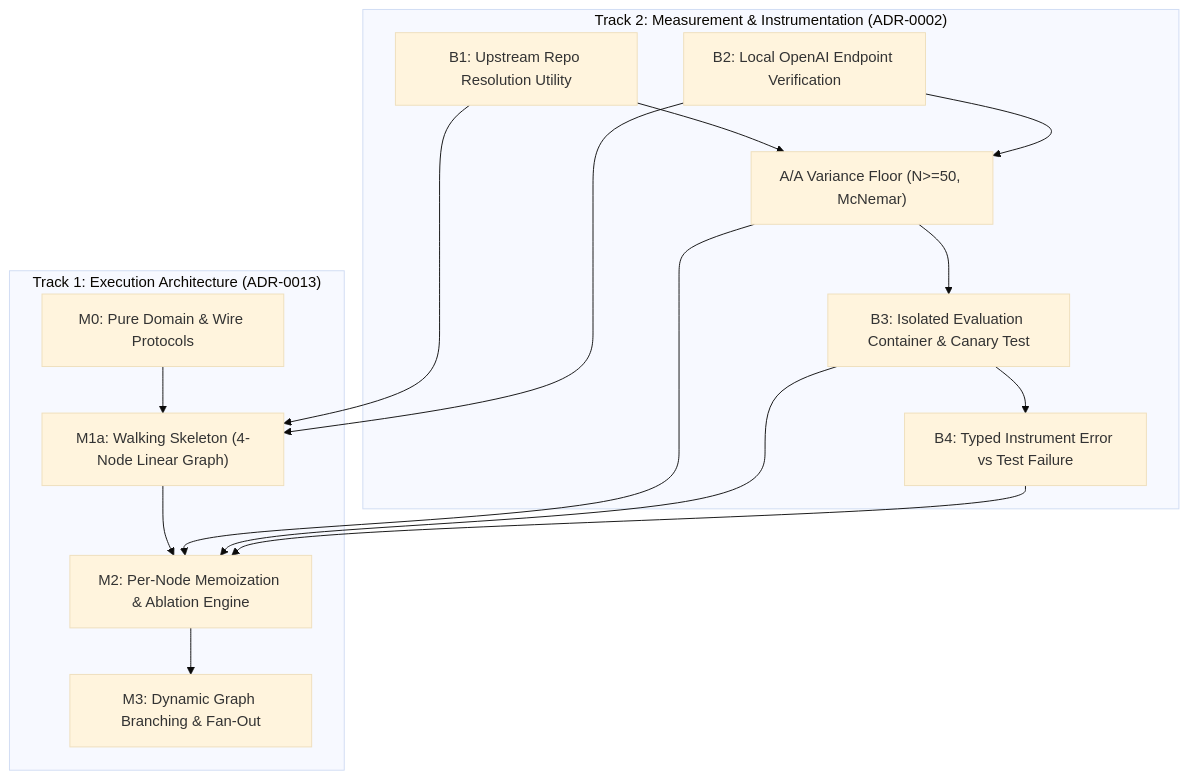
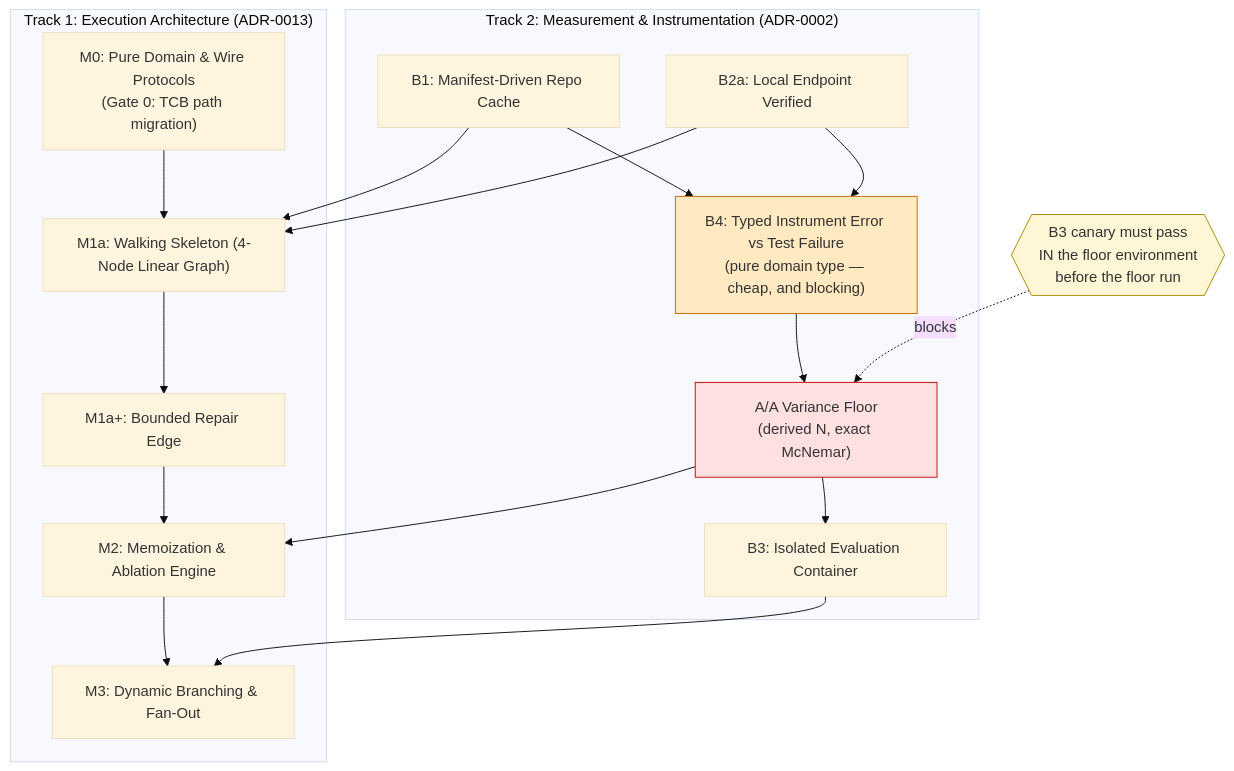
Before and after one commit to brainopensource/Harness-D-power: the diagram in docs/agile/roadmap.md, drawn with Mermaid (base theme). The commit also changed other lines of this file and 18 other files, not shown here.

````diff
--- a/docs/agile/roadmap.md
+++ b/docs/agile/roadmap.md
@@ -10,20 +12,29 @@
 ```mermaid
 graph TD
     subgraph "Track 1: Execution Architecture (ADR-0013)"
-        M0["M0: Pure Domain & Wire Protocols"] --> M1a["M1a: Walking Skeleton (4-Node Linear Graph)"]
-        M1a --> M2["M2: Per-Node Memoization & Ablation Engine"]
-        M2 --> M3["M3: Dynamic Graph Branching & Fan-Out"]
+        M0["M0: Pure Domain & Wire Protocols<br/>(Gate 0: TCB path migration)"] --> M1a["M1a: Walking Skeleton (4-Node Linear Graph)"]
+        M1a --> M1ap["M1a+: Bounded Repair Edge"]
+        M1ap --> M2["M2: Memoization & Ablation Engine"]
+        M2 --> M3["M3: Dynamic Branching & Fan-Out"]
     end
 
     subgraph "Track 2: Measurement & Instrumentation (ADR-0002)"
-        B1["B1: Upstream Repo Resolution Utility"] --> AA["A/A Variance Floor (N>=50, McNemar)"]
-        B2["B2: Local OpenAI Endpoint Verification"] --> AA
-        AA --> B3["B3: Isolated Evaluation Container & Canary Test"]
-        B3 --> B4["B4: Typed Instrument Error vs Test Failure"]
+        B1["B1: Manifest-Driven Repo Cache"] --> B4
+        B2["B2a: Local Endpoint Verified"] --> B4
+        B4["B4: Typed Instrument Error vs Test Failure<br/>(pure domain type — cheap, and blocking)"]
+        B4 --> AA["A/A Variance Floor<br/>(derived N, exact McNemar)"]
+        AA --> B3["B3: Isolated Evaluation Container"]
     end
 
     B1 --> M1a
     B2 --> M1a
     AA --> M2
-    B3 & B4 --> M2
+    B3 --> M3
+
+    CANARY{{"B3 canary must pass<br/>IN the floor environment<br/>before the floor run"}}
+    CANARY -.blocks.-> AA
+
+    style B4 fill:#ffe9c0,stroke:#c60
+    style AA fill:#ffe0e0,stroke:#c00
+    style CANARY fill:#fff6d5,stroke:#a80
 ```
````
